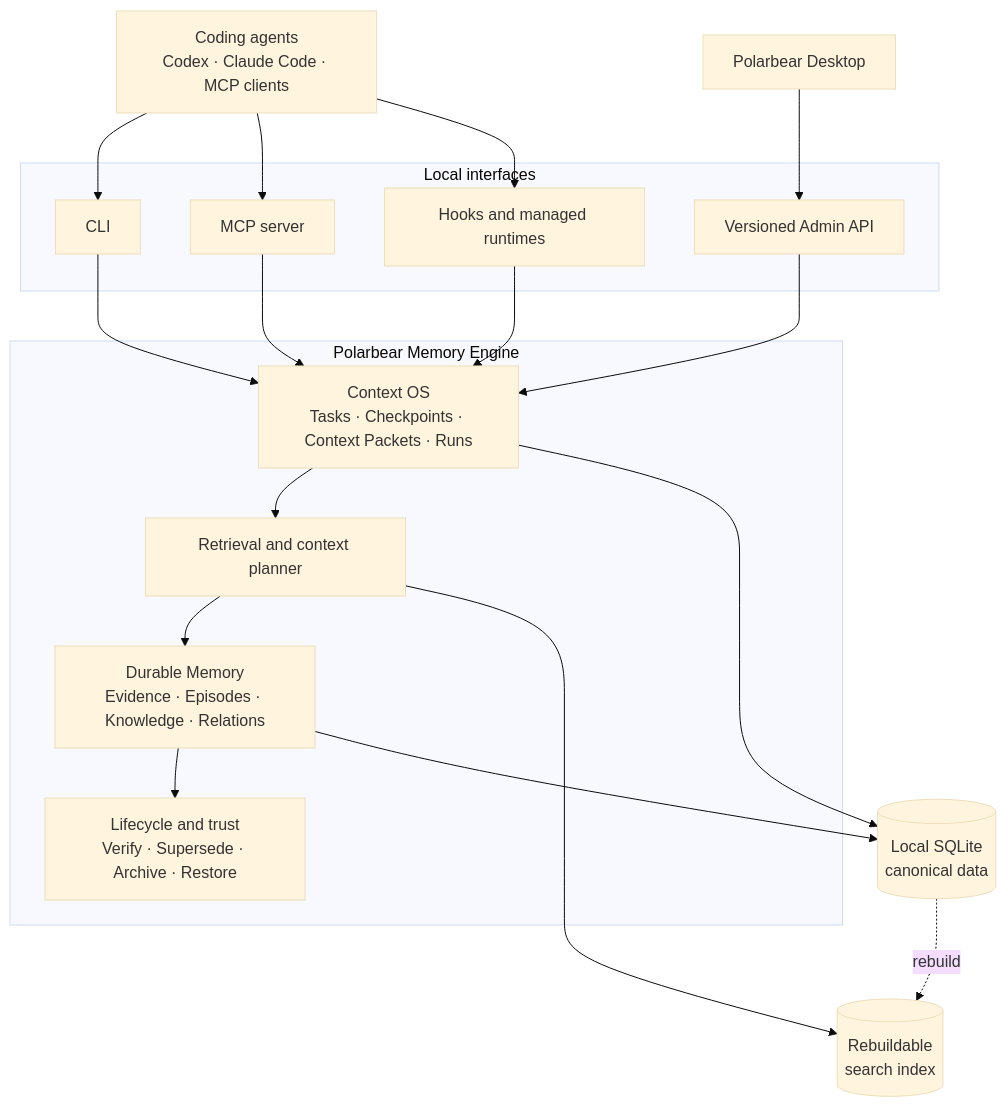
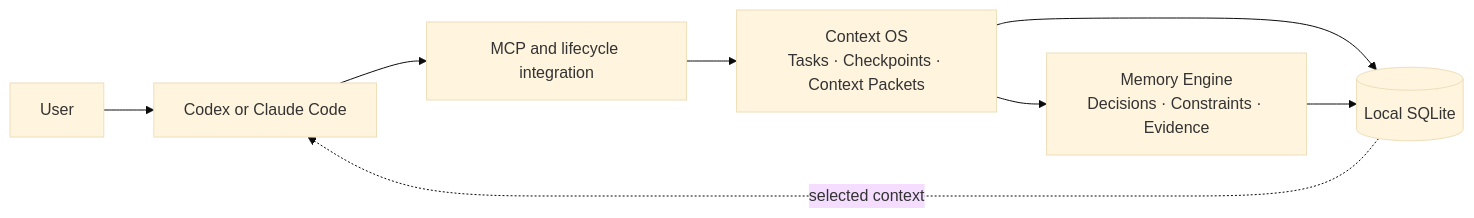
The diagram in README.md (smartscity/polarbear-memory), drawn with Mermaid (base theme) before and after one commit. The commit also changed other lines of this file and 19 other files, not shown here.

````diff
--- a/README.md
+++ b/README.md
@@ -26,38 +60,10 @@
 ```mermaid
-flowchart TB
-    A["Coding agents<br/>Codex · Claude Code · MCP clients"]
-    D["Polarbear Desktop"]
-
-    subgraph Interfaces["Local interfaces"]
-        CLI["CLI"]
-        MCP["MCP server"]
-        Hooks["Hooks and managed runtimes"]
-        API["Versioned Admin API"]
-    end
-
-    subgraph Core["Polarbear Memory Engine"]
-        COS["Context OS<br/>Tasks · Checkpoints · Context Packets · Runs"]
-        MEM["Durable Memory<br/>Evidence · Episodes · Knowledge · Relations"]
-        LIFE["Lifecycle and trust<br/>Verify · Supersede · Archive · Restore"]
-        SEARCH["Retrieval and context planner"]
-    end
-
-    DB[("Local SQLite<br/>canonical data")]
-    IDX[("Rebuildable<br/>search index")]
-
-    A --> CLI
-    A --> MCP
-    A --> Hooks
-    D --> API
-    CLI --> COS
-    MCP --> COS
-    Hooks --> COS
-    API --> COS
-    COS --> SEARCH
-    SEARCH --> MEM
-    MEM --> LIFE
-    COS --> DB
-    MEM --> DB
-    SEARCH --> IDX
-    DB -. rebuild .-> IDX
+flowchart LR
+    U["User"] --> A["Codex or Claude Code"]
+    A --> I["MCP and lifecycle integration"]
+    I --> C["Context OS<br/>Tasks · Checkpoints · Context Packets"]
+    C --> M["Memory Engine<br/>Decisions · Constraints · Evidence"]
+    C --> D[("Local SQLite")]
+    M --> D
+    D -. selected context .-> A
 ```
````
